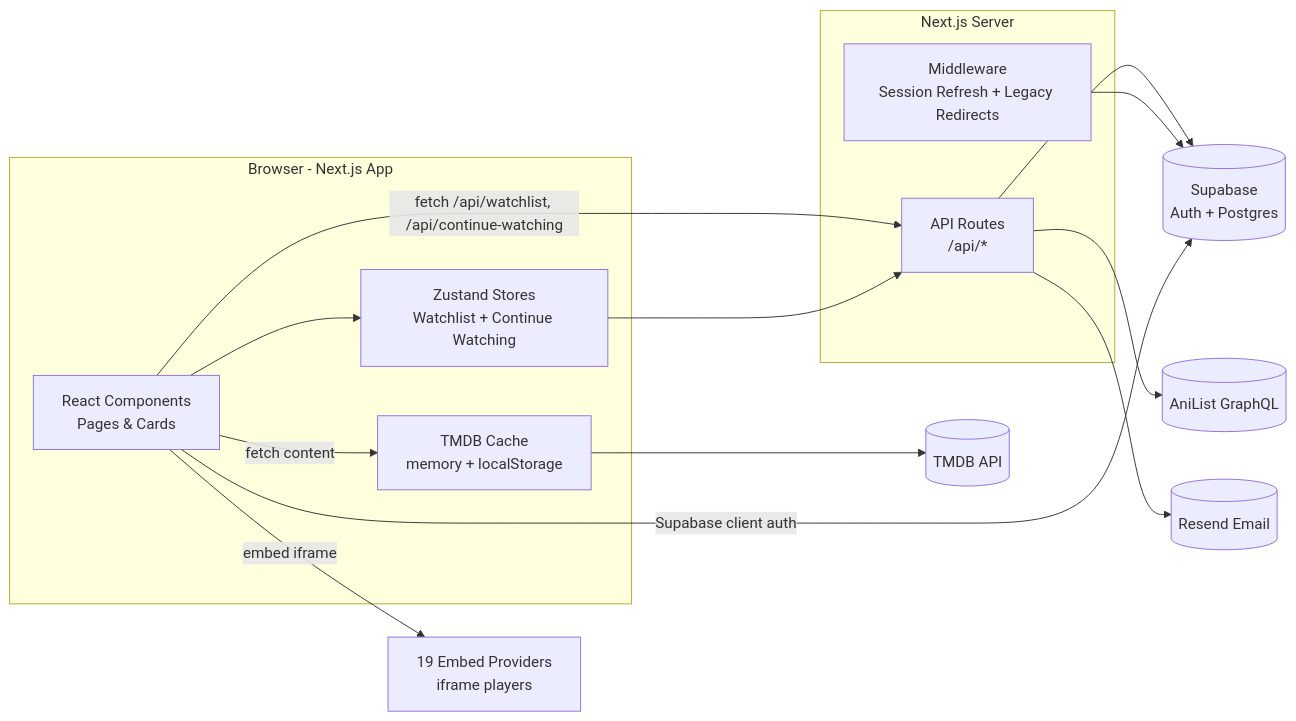
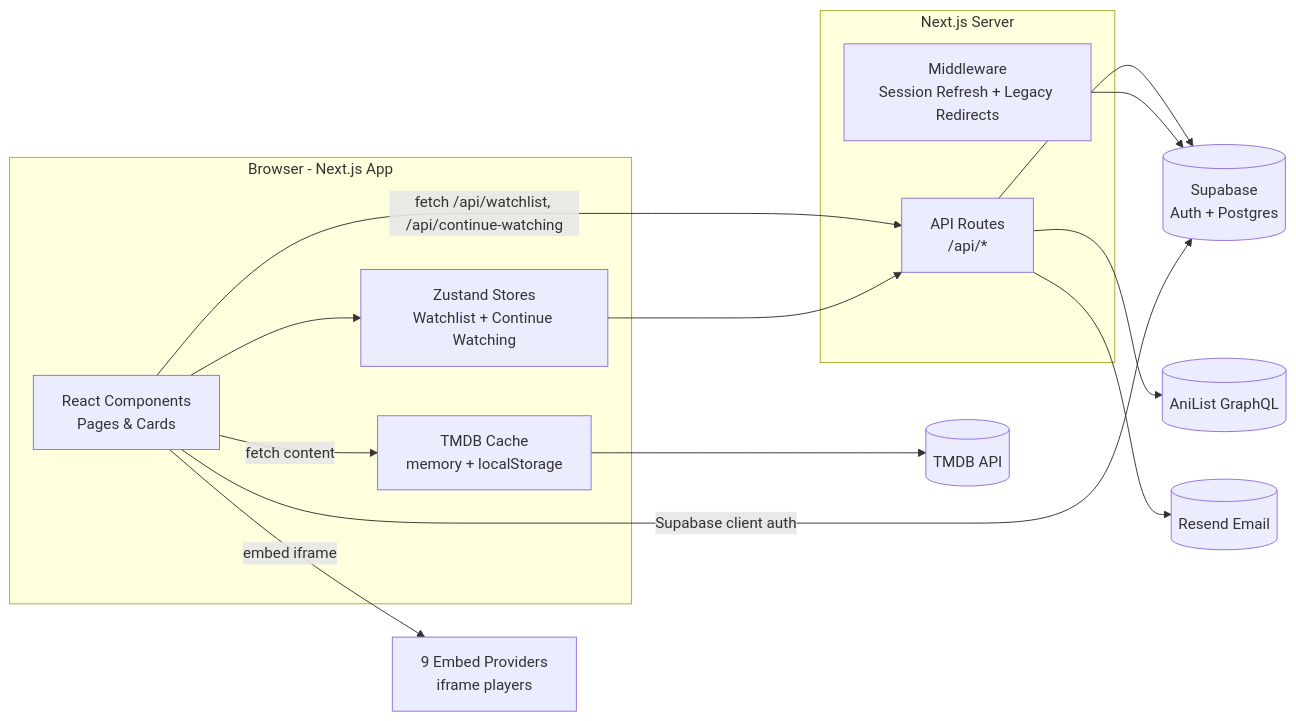
The diagram in README.md (Manvithudupa/movime), drawn with Mermaid before and after one commit. The commit also changed other lines of this file and 9 other files, not shown here.

````diff
--- a/README.md
+++ b/README.md
@@ -116,31 +116,31 @@
 ```mermaid
 flowchart LR
     subgraph Browser[Browser - Next.js App]
         UI[React Components<br/>Pages & Cards]
         ZS[Zustand Stores<br/>Watchlist + Continue Watching]
         CACHE[TMDB Cache<br/>memory + localStorage]
     end
 
     subgraph API[Next.js Server]
         AR["API Routes<br/>/api/*"]
         MW[Middleware<br/>Session Refresh + Legacy Redirects]
     end
 
     TMDB[(TMDB API)]
     ANI[(AniList GraphQL)]
     SUP[(Supabase<br/>Auth + Postgres)]
     RES[(Resend Email)]
-    EMB[19 Embed Providers<br/>iframe players]
+    EMB[9 Embed Providers<br/>iframe players]
 
     UI -->|fetch content| CACHE
     CACHE --> TMDB
     UI -->|fetch /api/watchlist, /api/continue-watching| AR
     UI -->|embed iframe| EMB
     AR --> SUP
     AR --> ANI
     AR --> RES
     MW --> SUP
     UI --> ZS
     ZS --> AR
     UI -->|Supabase client auth| SUP
 ```
````
